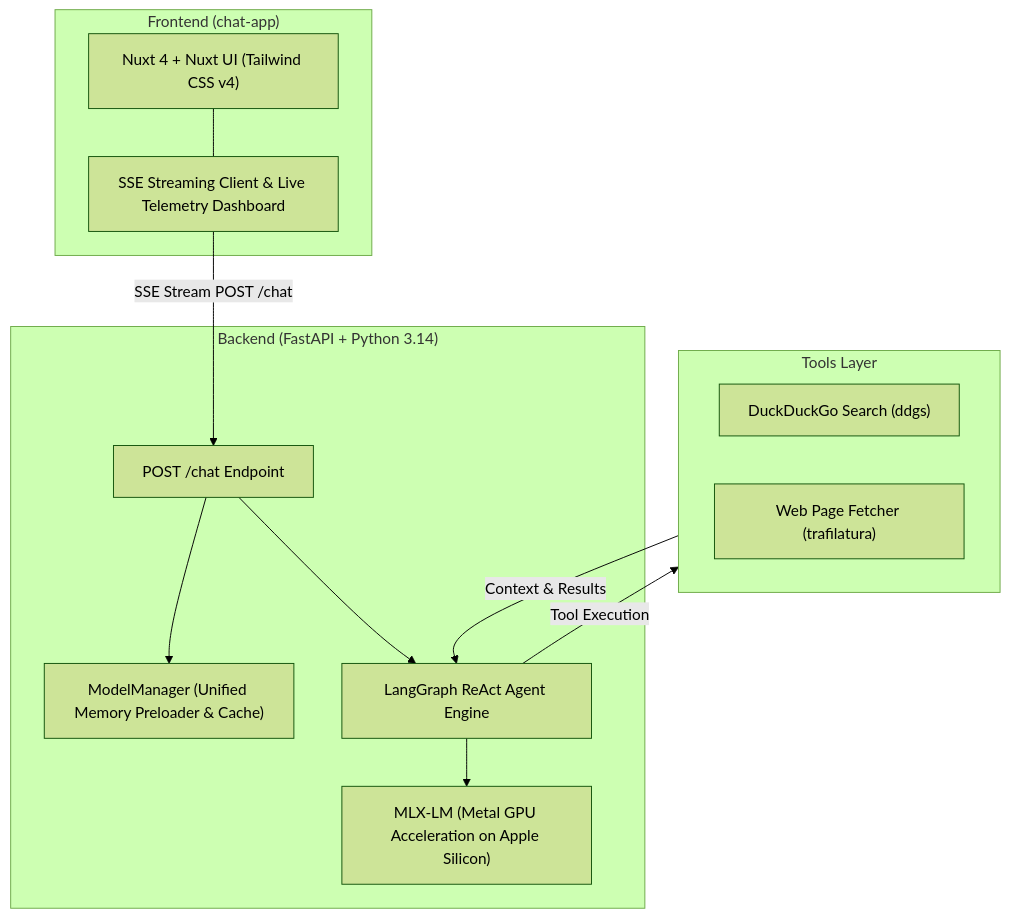
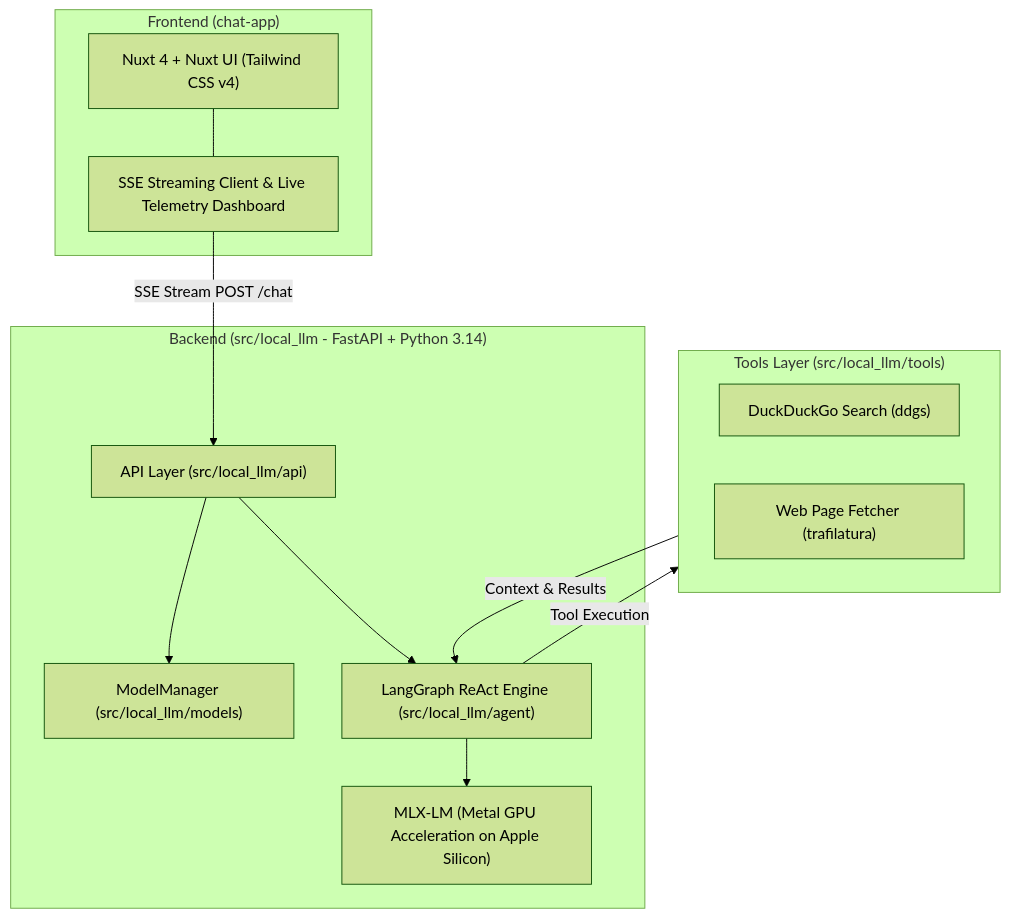
One commit to terryong31/nuxt-chat-open-llm changed the diagram in AGENTS.md. Above: the diagram before and after it, drawn with Mermaid (forest theme). The commit also changed other lines of this file and 35 other files, not shown here.

````diff
--- a/AGENTS.md
+++ b/AGENTS.md
@@ -9,28 +9,28 @@
 ```mermaid
 graph TD
     subgraph Frontend ["Frontend (chat-app)"]
         UI["Nuxt 4 + Nuxt UI (Tailwind CSS v4)"]
         Client["SSE Streaming Client & Live Telemetry Dashboard"]
         UI --- Client
     end
 
-    subgraph Backend ["Backend (FastAPI + Python 3.14)"]
-        API["POST /chat Endpoint"]
-        MM["ModelManager (Unified Memory Preloader & Cache)"]
-        LG["LangGraph ReAct Agent Engine"]
+    subgraph Backend ["Backend (src/local_llm - FastAPI + Python 3.14)"]
+        API["API Layer (src/local_llm/api)"]
+        MM["ModelManager (src/local_llm/models)"]
+        LG["LangGraph ReAct Engine (src/local_llm/agent)"]
         MLX["MLX-LM (Metal GPU Acceleration on Apple Silicon)"]
         
         API --> MM
         API --> LG
         LG --> MLX
     end
 
-    subgraph Tools ["Tools Layer"]
+    subgraph Tools ["Tools Layer (src/local_llm/tools)"]
         DDGS["DuckDuckGo Search (ddgs)"]
         Traf["Web Page Fetcher (trafilatura)"]
     end
 
     Client -->|SSE Stream POST /chat| API
     LG -->|Tool Execution| Tools
     Tools -->|Context & Results| LG
 ```
````
